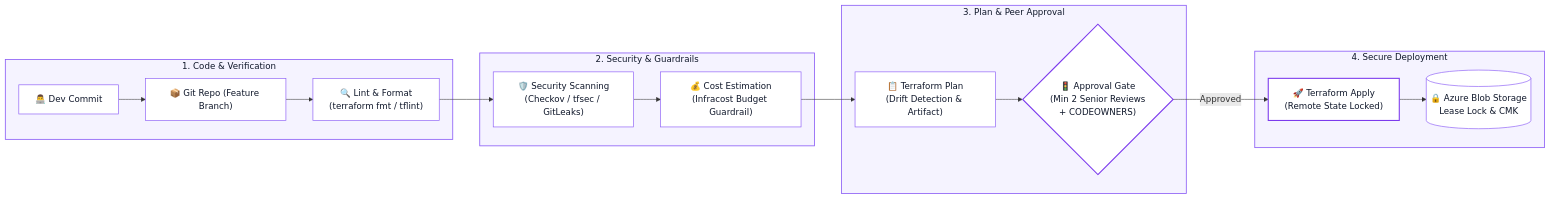
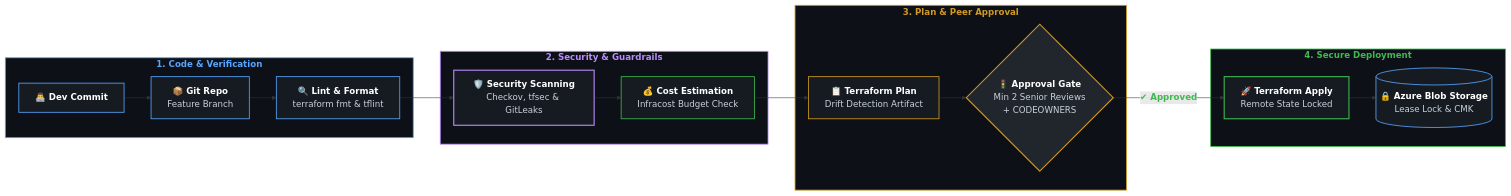
Before and after one commit to Ankitasingh-singh/Ankitasingh-singh: the second of 10 diagrams in README.md, drawn with Mermaid. The commit also changed other lines of this file, not shown here.

Commit message:
style: update mermaid diagram text and node styling for dark mode in README

````diff
--- a/README.md
+++ b/README.md
@@ -159,37 +159,37 @@
 ```mermaid
 flowchart LR
-    subgraph CodeStage["1. Code & Verification"]
-        Dev["👨‍💻 Dev Commit"] --> Git["📦 Git Repo (Feature Branch)"]
-        Git --> Lint["🔍 Lint & Format<br/>(terraform fmt / tflint)"]
+    subgraph CodeStage["<b><font color='#58a6ff'>1. Code & Verification</font></b>"]
+        Dev["<b><font color='#ffffff'>👨‍💻 Dev Commit</font></b>"] --> Git["<b><font color='#ffffff'>📦 Git Repo</font></b><br/><font color='#c9d1d9'>Feature Branch</font>"]
+        Git --> Lint["<b><font color='#ffffff'>🔍 Lint & Format</font></b><br/><font color='#c9d1d9'>terraform fmt & tflint</font>"]
     end
 
-    subgraph SecurityStage["2. Security & Guardrails"]
-        Lint --> Sec["🛡️ Security Scanning<br/>(Checkov / tfsec / GitLeaks)"]
-        Sec --> Cost["💰 Cost Estimation<br/>(Infracost Budget Guardrail)"]
+    subgraph SecurityStage["<b><font color='#bc8cff'>2. Security & Guardrails</font></b>"]
+        Lint --> Sec["<b><font color='#ffffff'>🛡️ Security Scanning</font></b><br/><font color='#c9d1d9'>Checkov, tfsec & GitLeaks</font>"]
+        Sec --> Cost["<b><font color='#ffffff'>💰 Cost Estimation</font></b><br/><font color='#c9d1d9'>Infracost Budget Check</font>"]
     end
 
-    subgraph PlanStage["3. Plan & Peer Approval"]
-        Cost --> Plan["📋 Terraform Plan<br/>(Drift Detection & Artifact)"]
-        Plan --> Gate{"🚦 Approval Gate<br/>(Min 2 Senior Reviews<br/>+ CODEOWNERS)"}
+    subgraph PlanStage["<b><font color='#d29922'>3. Plan & Peer Approval</font></b>"]
+        Cost --> Plan["<b><font color='#ffffff'>📋 Terraform Plan</font></b><br/><font color='#c9d1d9'>Drift Detection Artifact</font>"]
+        Plan --> Gate{"<b><font color='#ffffff'>🚦 Approval Gate</font></b><br/><font color='#c9d1d9'>Min 2 Senior Reviews<br/>+ CODEOWNERS</font>"}
     end
 
-    subgraph ApplyStage["4. Secure Deployment"]
-        Gate -->|"Approved"| Apply["🚀 Terraform Apply<br/>(Remote State Locked)"]
-        Apply --> State[("🔒 Azure Blob Storage<br/>Lease Lock & CMK")]
+    subgraph ApplyStage["<b><font color='#3fb950'>4. Secure Deployment</font></b>"]
+        Gate -->|"<font color='#3fb950'><b>✔ Approved</b></font>"| Apply["<b><font color='#ffffff'>🚀 Terraform Apply</font></b><br/><font color='#c9d1d9'>Remote State Locked</font>"]
+        Apply --> State[("<b><font color='#ffffff'>🔒 Azure Blob Storage</font></b><br/><font color='#c9d1d9'>Lease Lock & CMK</font>")]
     end
 
-    style CodeStage fill:#f5f3ff,stroke:#8b5cf6,stroke-width:1.5px,color:#0f172a
-    style SecurityStage fill:#f5f3ff,stroke:#8b5cf6,stroke-width:1.5px,color:#0f172a
-    style PlanStage fill:#f5f3ff,stroke:#8b5cf6,stroke-width:1.5px,color:#0f172a
-    style ApplyStage fill:#f5f3ff,stroke:#8b5cf6,stroke-width:1.5px,color:#0f172a
+    style CodeStage fill:#0d1117,stroke:#58a6ff,stroke-width:1.5px
+    style SecurityStage fill:#0d1117,stroke:#bc8cff,stroke-width:1.5px
+    style PlanStage fill:#0d1117,stroke:#d29922,stroke-width:1.5px
+    style ApplyStage fill:#0d1117,stroke:#3fb950,stroke-width:1.5px
 
-    style Dev fill:#ffffff,stroke:#8b5cf6,stroke-width:1.2px,color:#0f172a
-    style Git fill:#ffffff,stroke:#8b5cf6,stroke-width:1.2px,color:#0f172a
-    style Lint fill:#ffffff,stroke:#8b5cf6,stroke-width:1.2px,color:#0f172a
-    style Sec fill:#ffffff,stroke:#8b5cf6,stroke-width:1.2px,color:#0f172a
-    style Cost fill:#ffffff,stroke:#8b5cf6,stroke-width:1.2px,color:#0f172a
-    style Plan fill:#ffffff,stroke:#8b5cf6,stroke-width:1.2px,color:#0f172a
-    style Gate fill:#ffffff,stroke:#7c3aed,stroke-width:2px,color:#0f172a
-    style Apply fill:#ffffff,stroke:#7c3aed,stroke-width:2px,color:#0f172a
-    style State fill:#ffffff,stroke:#8b5cf6,stroke-width:1.2px,color:#0f172a
+    style Dev fill:#161b22,stroke:#58a6ff,stroke-width:1.5px
+    style Git fill:#161b22,stroke:#58a6ff,stroke-width:1.5px
+    style Lint fill:#161b22,stroke:#58a6ff,stroke-width:1.5px
+    style Sec fill:#161b22,stroke:#bc8cff,stroke-width:2px
+    style Cost fill:#161b22,stroke:#3fb950,stroke-width:1.5px
+    style Plan fill:#161b22,stroke:#d29922,stroke-width:1.5px
+    style Gate fill:#21262d,stroke:#d29922,stroke-width:2px
+    style Apply fill:#161b22,stroke:#3fb950,stroke-width:2px
+    style State fill:#161b22,stroke:#58a6ff,stroke-width:1.5px
 ```
````
